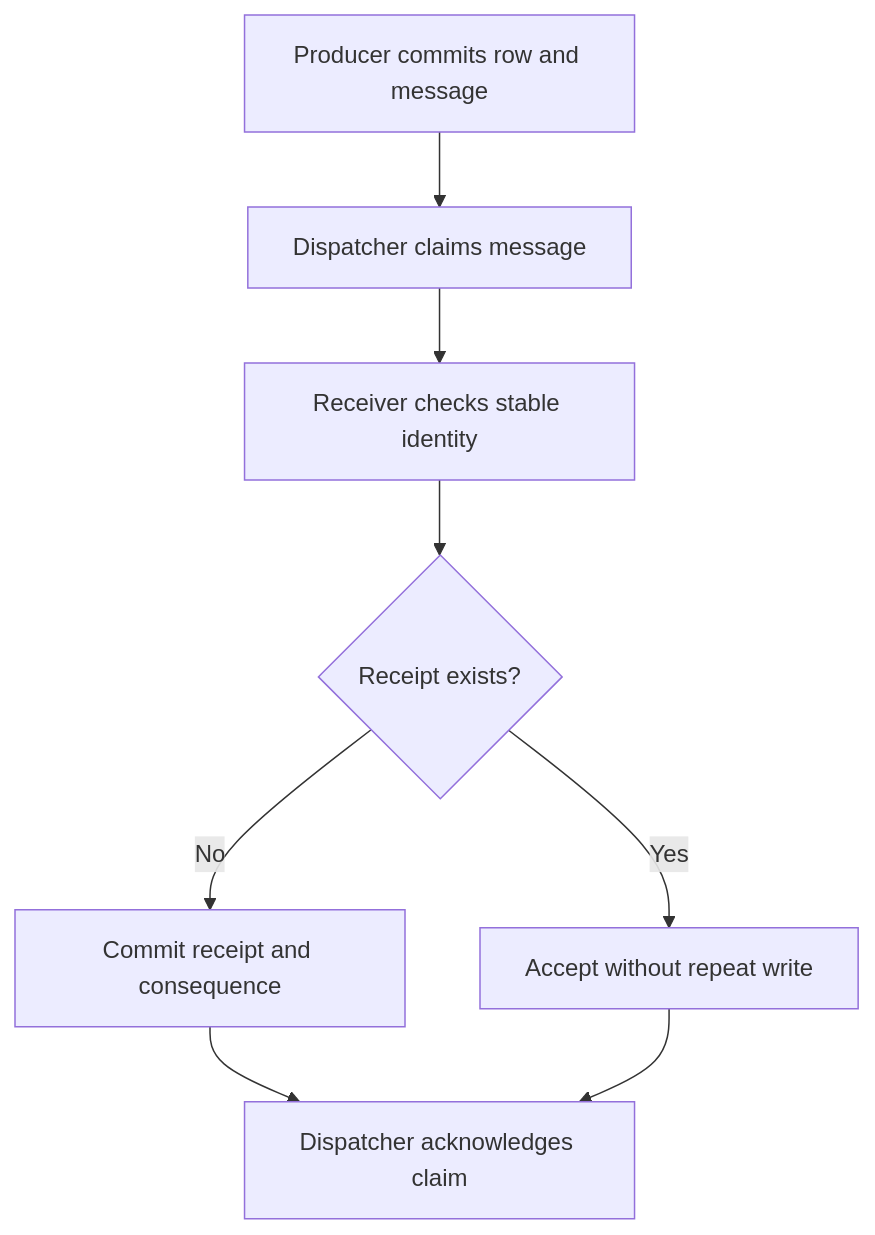
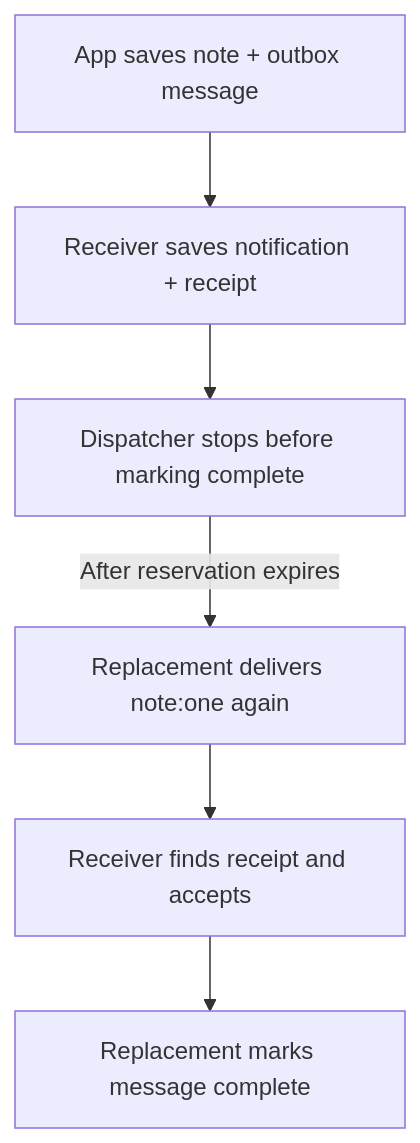
Before and after one commit to okikio/utils: the diagram in docs/postgres/02-outbox.md, drawn with Mermaid. The commit also changed other lines of this file and 42 other files, not shown here.

````diff
--- a/docs/postgres/02-outbox.md
+++ b/docs/postgres/02-outbox.md
@@ -22,10 +20,8 @@
 ```mermaid
 flowchart TD
-    A[Producer commits row and message] --> B[Dispatcher claims message]
-    B --> C[Receiver checks stable identity]
-    C --> D{Receipt exists?}
-    D -->|No| E[Commit receipt and consequence]
-    D -->|Yes| F[Accept without repeat write]
-    E --> G[Dispatcher acknowledges claim]
-    F --> G
+    A["App saves note + outbox message"] --> B["Receiver saves notification + receipt"]
+    B --> C["Dispatcher stops before marking complete"]
+    C -->|After reservation expires| D["Replacement delivers note:one again"]
+    D --> E["Receiver finds receipt and accepts"]
+    E --> F["Replacement marks message complete"]
 ```
````
